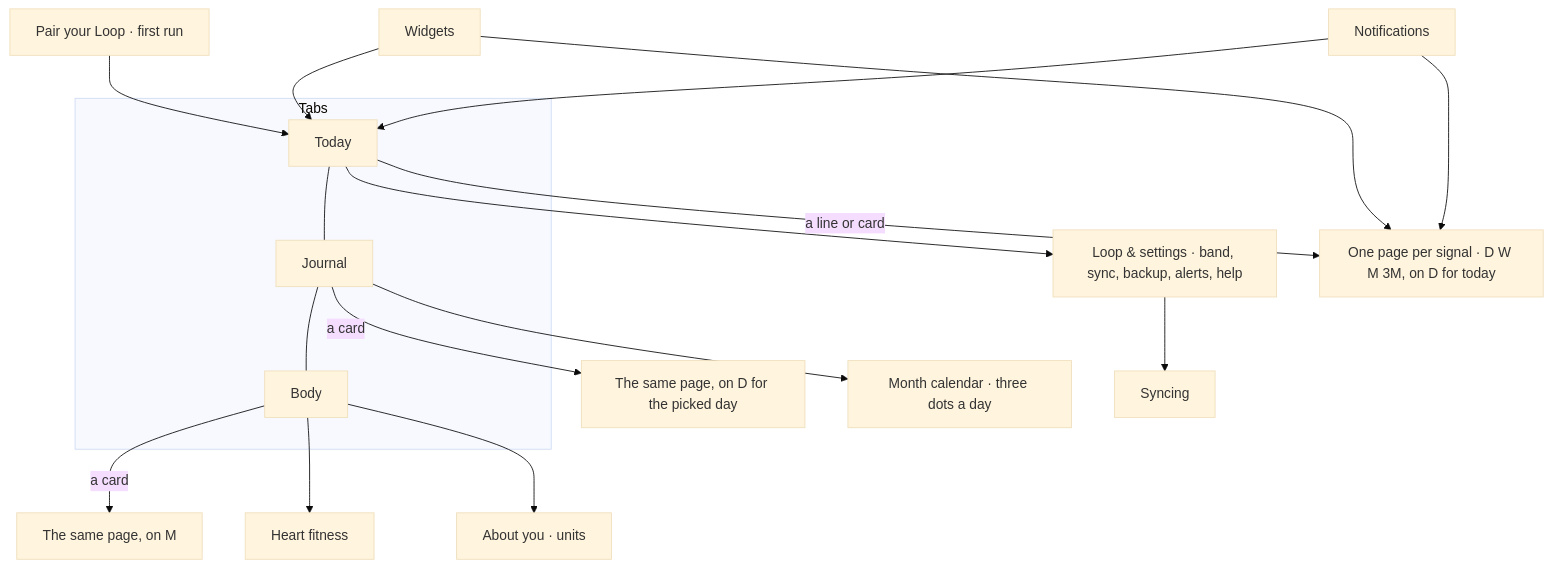
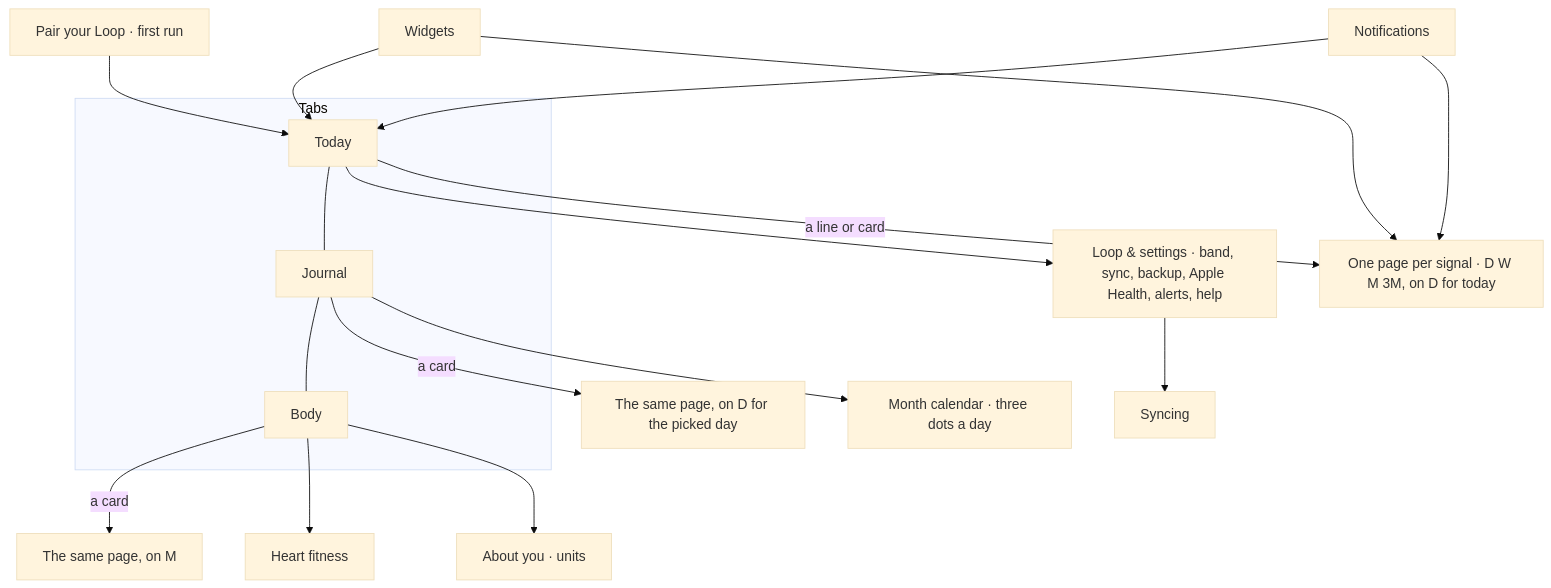
Before and after one commit to solidvibes/vesel-health: the first of 2 diagrams in docs/design/screens.md, drawn with Mermaid (base theme). The commit also changed other lines of this file and 31 other files, not shown here.

First line of the commit message:
Write Vesel's readings to Apple Health so Mira can read them

````diff
--- a/docs/design/screens.md
+++ b/docs/design/screens.md
@@ -7,19 +7,19 @@
 ```mermaid
 flowchart TD
   Pair[Pair your Loop · first run] --> Today
   subgraph Tabs
     Today --- Journal --- Body
   end
-  Today --> Loop[Loop & settings · band, sync, backup, alerts, help]
+  Today --> Loop[Loop & settings · band, sync, backup, Apple Health, alerts, help]
   Loop --> Syncing
   Today -- a line or card --> Pages[One page per signal · D W M 3M, on D for today]
   Journal -- a card --> DayPages[The same page, on D for the picked day]
   Journal --> Calendar[Month calendar · three dots a day]
   Body -- a card --> BodyPages[The same page, on M]
   Body --> Fitness[Heart fitness]
   Body --> AboutYou[About you · units]
   Widgets[Widgets] --> Today
   Widgets --> Pages
   Notifications --> Today
   Notifications --> Pages
 ```
````
